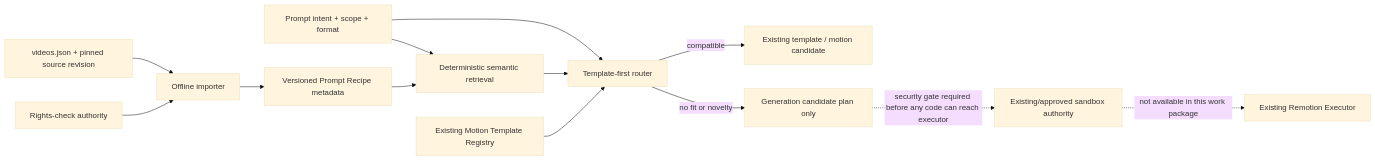
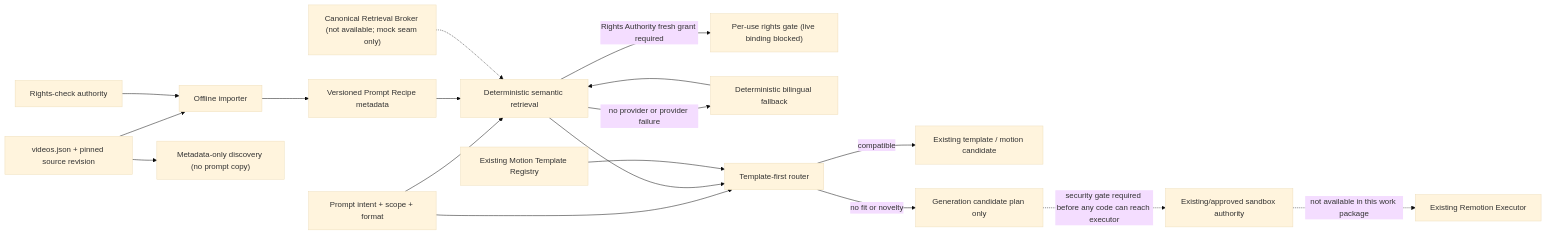
The diagram in specs/feature/286-agentic-video-production-creative-quality-runtime/implementation/prompt-recipe-library-report-2026-10-08.md (naibarn/SmartSpecPro), drawn with Mermaid (base theme) before and after one commit. The commit also changed other lines of this file and 9 other files, not shown here.

Commit message:
feat(video): add bounded hybrid prompt recipe retrieval

````diff
--- a/specs/feature/286-agentic-video-production-creative-quality-runtime/implementation/prompt-recipe-library-report-2026-10-08.md
+++ b/specs/feature/286-agentic-video-production-creative-quality-runtime/implementation/prompt-recipe-library-report-2026-10-08.md
@@ -25,15 +26,20 @@
 ```mermaid
 flowchart LR
   Catalog["videos.json + pinned source revision"] --> Importer["Offline importer"]
   Rights["Rights-check authority"] --> Importer
   Importer --> Recipe["Versioned Prompt Recipe metadata"]
   Query["Prompt intent + scope + format"] --> Retriever["Deterministic semantic retrieval"]
   Recipe --> Retriever
+  Broker["Canonical Retrieval Broker (not available; mock seam only)"] -.-> Retriever
+  Retriever -->|Rights Authority fresh grant required| RightsUse["Per-use rights gate (live binding blocked)"]
+  Retriever -->|no provider or provider failure| Fallback["Deterministic bilingual fallback"]
+  Fallback --> Retriever
+  Catalog --> Metadata["Metadata-only discovery (no prompt copy)"]
   Query --> Router["Template-first router"]
   Retriever --> Router
   Registry["Existing Motion Template Registry"] --> Router
   Router -->|compatible| Existing["Existing template / motion candidate"]
   Router -->|no fit or novelty| Candidate["Generation candidate plan only"]
   Candidate -. "security gate required before any code can reach executor" .-> Sandbox["Existing/approved sandbox authority"]
   Sandbox -. "not available in this work package" .-> Executor["Existing Remotion Executor"]
 ```
````
